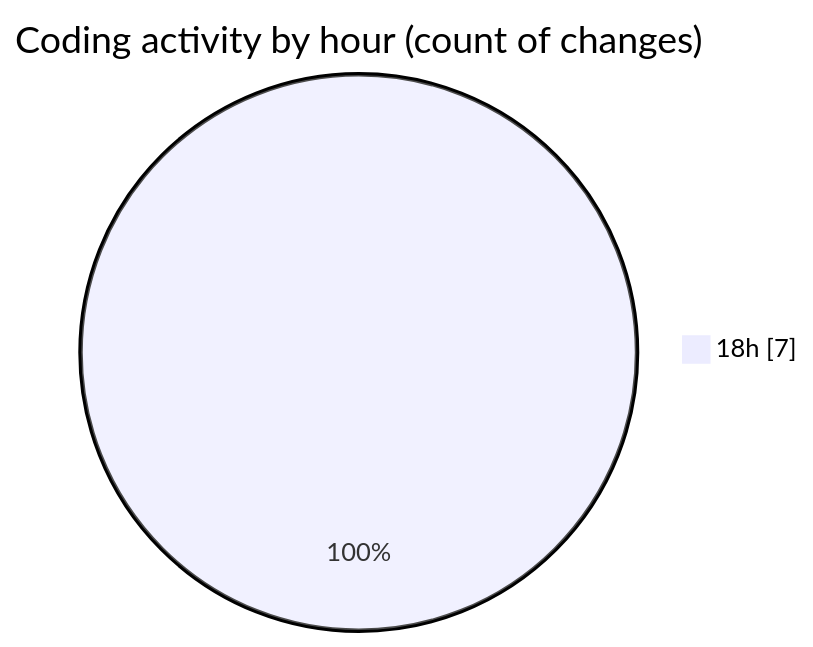
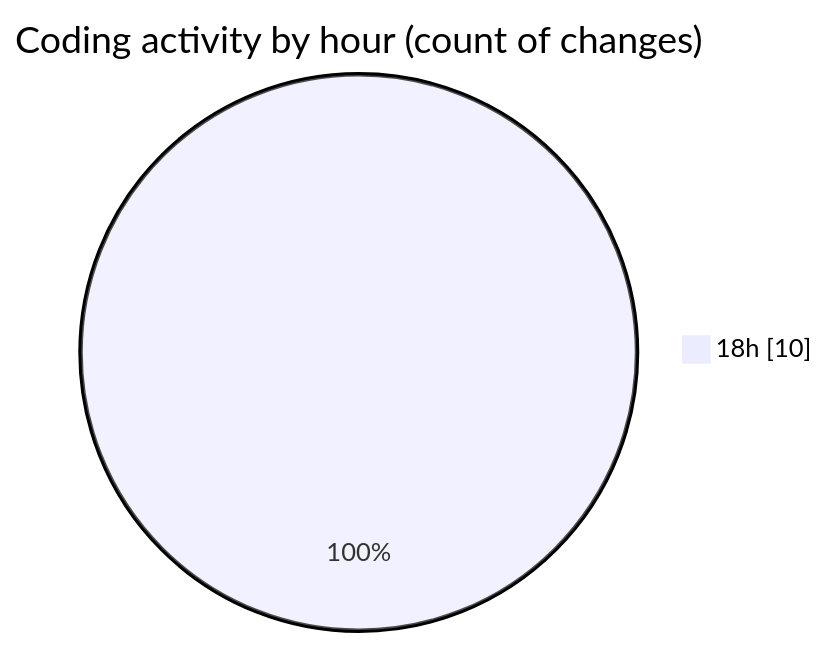
Before and after one commit to hasnaa123/code-tracking: the second of 2 diagrams in 2025-12-28/java_basics/README.md, drawn with Mermaid. The commit also changed other lines of this file and 1 other file, not shown here.

````diff
--- a/2025-12-28/java_basics/README.md
+++ b/2025-12-28/java_basics/README.md
@@ -28,5 +28,5 @@
 ```mermaid
 pie showData
 title Coding activity by hour (count of changes)
-"18h" : 7
+"18h" : 10
 ```
````
